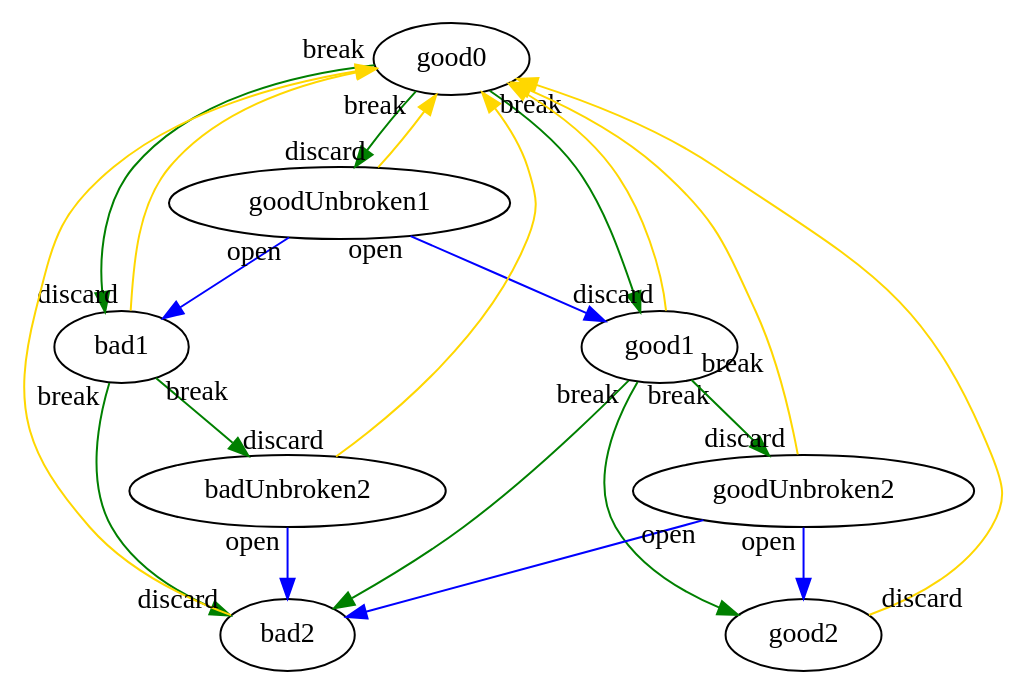
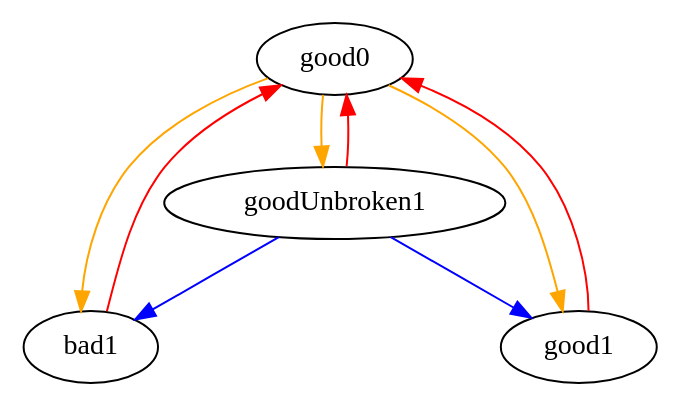
Before and after one commit to DavideSolda/ND-Planning: the diagram in graph.dot, drawn with Graphviz. The commit also changed 5 other files, not shown here.

```diff
--- a/graph.dot
+++ b/graph.dot
@@ -1,22 +1,10 @@
 digraph D {
-good0->bad1 [taillabel = "break", color="green"];
-good0->good1 [taillabel = "break", color="green"];
-good0->goodUnbroken1 [taillabel = "break", color="green"];
-bad1->good0 [taillabel = "discard", color="gold"];
-bad1->bad2 [taillabel = "break", color="green"];
-bad1->badUnbroken2 [taillabel = "break", color="green"];
-good1->good0 [taillabel = "discard", color="gold"];
-goodUnbroken1->good0 [taillabel = "discard", color="gold"];
-goodUnbroken1->bad1 [taillabel = "open", color="blue"];
-goodUnbroken1->good1 [taillabel = "open", color="blue"];
-good1->bad2 [taillabel = "break", color="green"];
-good1->good2 [taillabel = "break", color="green"];
-good1->goodUnbroken2 [taillabel = "break", color="green"];
-bad2->good0 [taillabel = "discard", color="gold"];
-badUnbroken2->good0 [taillabel = "discard", color="gold"];
-badUnbroken2->bad2 [taillabel = "open", color="blue"];
-good2->good0 [taillabel = "discard", color="gold"];
-goodUnbroken2->good0 [taillabel = "discard", color="gold"];
-goodUnbroken2->bad2 [taillabel = "open", color="blue"];
-goodUnbroken2->good2 [taillabel = "open", color="blue"];
+good0->bad1 [color="orange"];
+good0->goodUnbroken1 [color="orange"];
+good0->good1 [color="orange"];
+bad1->good0 [color="red"];
+goodUnbroken1->good0 [color="red"];
+good1->good0 [color="red"];
+goodUnbroken1->bad1 [color="blue"];
+goodUnbroken1->good1 [color="blue"];
 }
```
